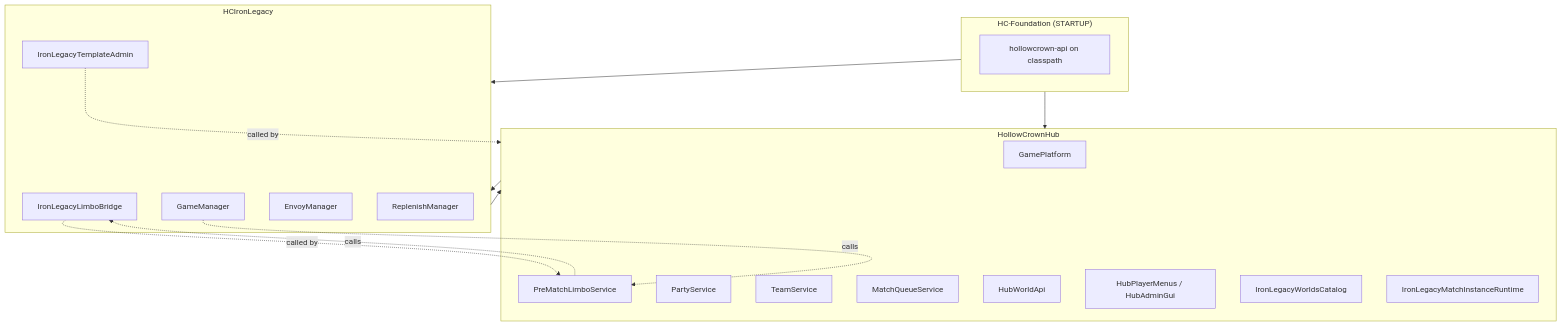
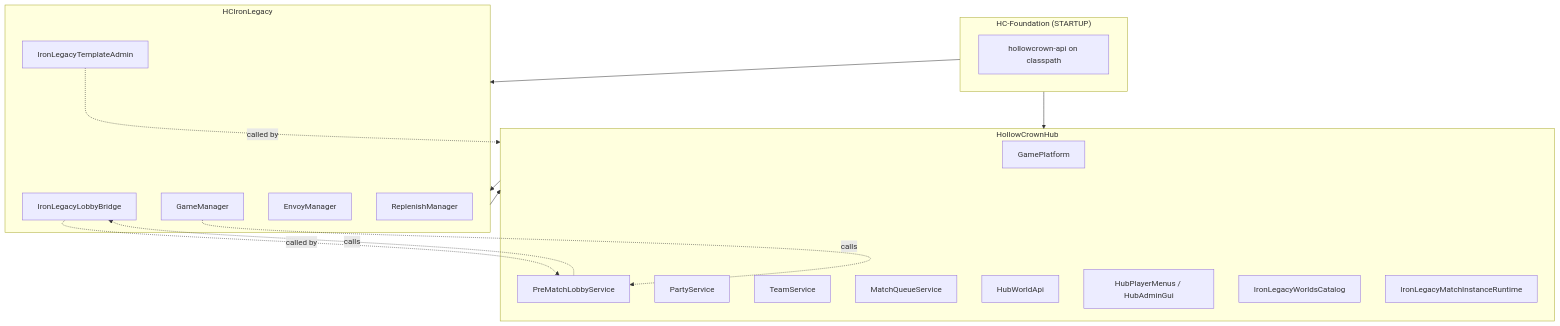
Before and after one commit to Dralorex/HC-Platform-Sandbox: the diagram in docs/PLATFORM_REFERENCE.md, drawn with Mermaid. The commit also changed other lines of this file and 64 other files, not shown here.

First line of the commit message:
fix(hub): restore square hub protection and rename limbo to lobby

````diff
--- a/docs/PLATFORM_REFERENCE.md
+++ b/docs/PLATFORM_REFERENCE.md
@@ -40,36 +40,36 @@
 ```mermaid
 flowchart TB
     subgraph Foundation["HC-Foundation (STARTUP)"]
         API["hollowcrown-api on classpath"]
     end
 
     subgraph Hub["HollowCrownHub"]
         GP[GamePlatform]
-        Limbo[PreMatchLimboService]
+        Lobby[PreMatchLobbyService]
         Party[PartyService]
         Team[TeamService]
         Queue[MatchQueueService]
         HubWorld[HubWorldApi]
         Menus[HubPlayerMenus / HubAdminGui]
         ILCat[IronLegacyWorldsCatalog]
         ILRun[IronLegacyMatchInstanceRuntime]
     end
 
     subgraph IL["HCIronLegacy"]
-        Bridge[IronLegacyLimboBridge]
+        Bridge[IronLegacyLobbyBridge]
         TAdmin[IronLegacyTemplateAdmin]
         GM[GameManager]
         Envoys[EnvoyManager]
         Replenish[ReplenishManager]
     end
 
     Foundation --> Hub
     Foundation --> IL
     Hub --> IL
     IL --> Hub
 
-    Bridge -.->|called by| Limbo
+    Bridge -.->|called by| Lobby
     TAdmin -.->|called by| Hub
-    Limbo -.->|calls| Bridge
-    GM -.->|calls| Limbo
+    Lobby -.->|calls| Bridge
+    GM -.->|calls| Lobby
 ```
````
